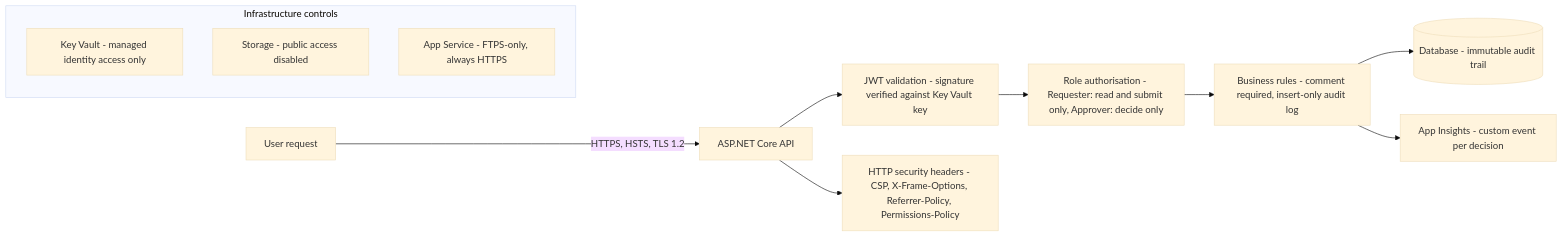
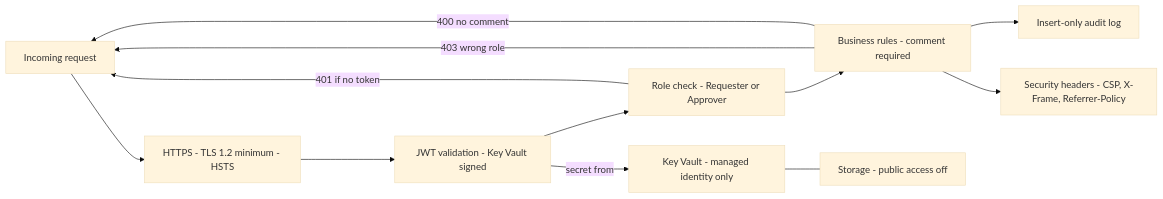
One commit to Jugcmd/CloudSec changed the third of 5 diagrams in docs/presentation-diagrams.md. Above: the diagram before and after it, drawn with Mermaid (base theme). The commit also changed other lines of this file, not shown here.

Commit message:
fix: rewrite all diagrams as flat flowcharts - no nested subgraph edge issues

````diff
--- a/docs/presentation-diagrams.md
+++ b/docs/presentation-diagrams.md
@@ -87,18 +71,20 @@
 ```mermaid
 flowchart LR
-    U["User request"] -->|"HTTPS, HSTS, TLS 1.2"| API["ASP.NET Core API"]
+    REQ["Incoming request"]
+    TLS["HTTPS - TLS 1.2 minimum - HSTS"]
+    JWT["JWT validation - Key Vault signed"]
+    RBAC["Role check - Requester or Approver"]
+    BIZ["Business rules - comment required"]
+    AUDIT["Insert-only audit log"]
+    HDRS["Security headers - CSP, X-Frame, Referrer-Policy"]
+    KV["Key Vault - managed identity only"]
+    STOR["Storage - public access off"]
 
-    API --> JWT["JWT validation - signature verified against Key Vault key"]
-    JWT --> RBAC["Role authorisation - Requester: read and submit only, Approver: decide only"]
-    RBAC --> BIZ["Business rules - comment required, insert-only audit log"]
-    BIZ --> DB[("Database - immutable audit trail")]
-    BIZ --> AI["App Insights - custom event per decision"]
-
-    API --> HDR["HTTP security headers - CSP, X-Frame-Options, Referrer-Policy, Permissions-Policy"]
-
-    subgraph INFRA [Infrastructure controls]
-        KV["Key Vault - managed identity access only"]
-        STOR["Storage - public access disabled"]
-        FTPS["App Service - FTPS-only, always HTTPS"]
-    end
+    REQ --> TLS --> JWT --> RBAC --> BIZ --> AUDIT
+    BIZ --> HDRS
+    JWT -->|"secret from"| KV
+    RBAC -->|"401 if no token"| REQ
+    BIZ -->|"403 wrong role"| REQ
+    BIZ -->|"400 no comment"| REQ
+    KV --- STOR
 ```
````
